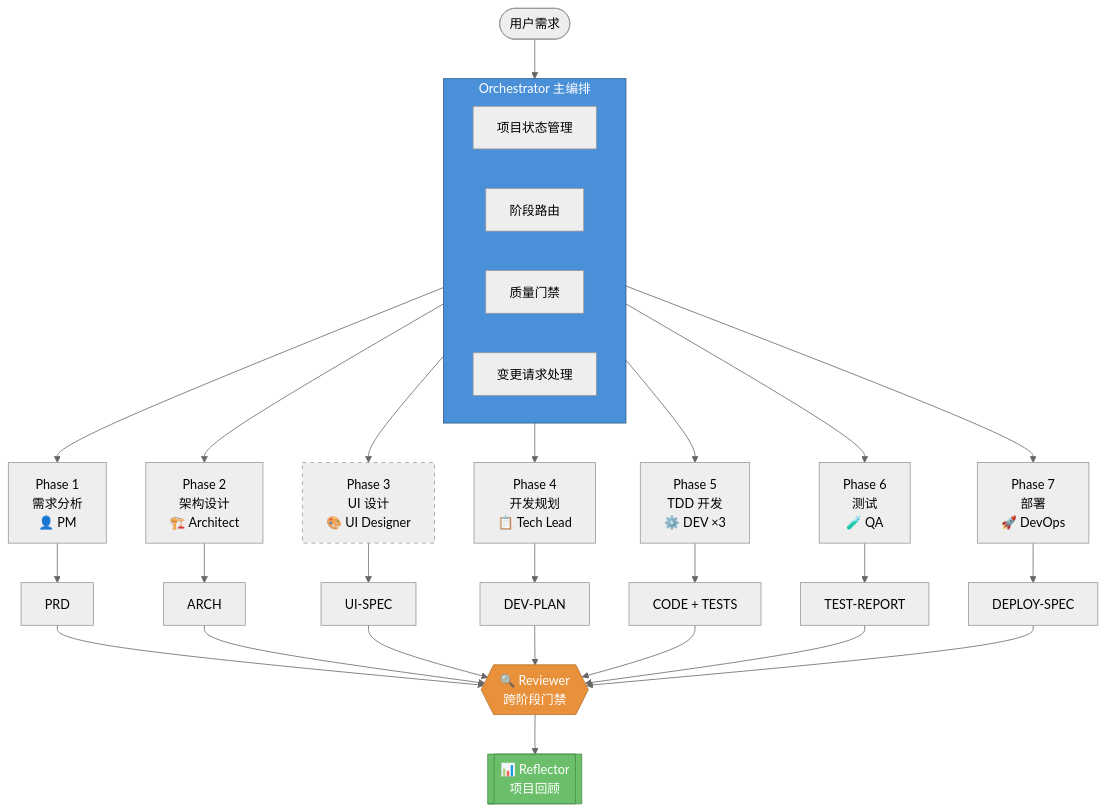
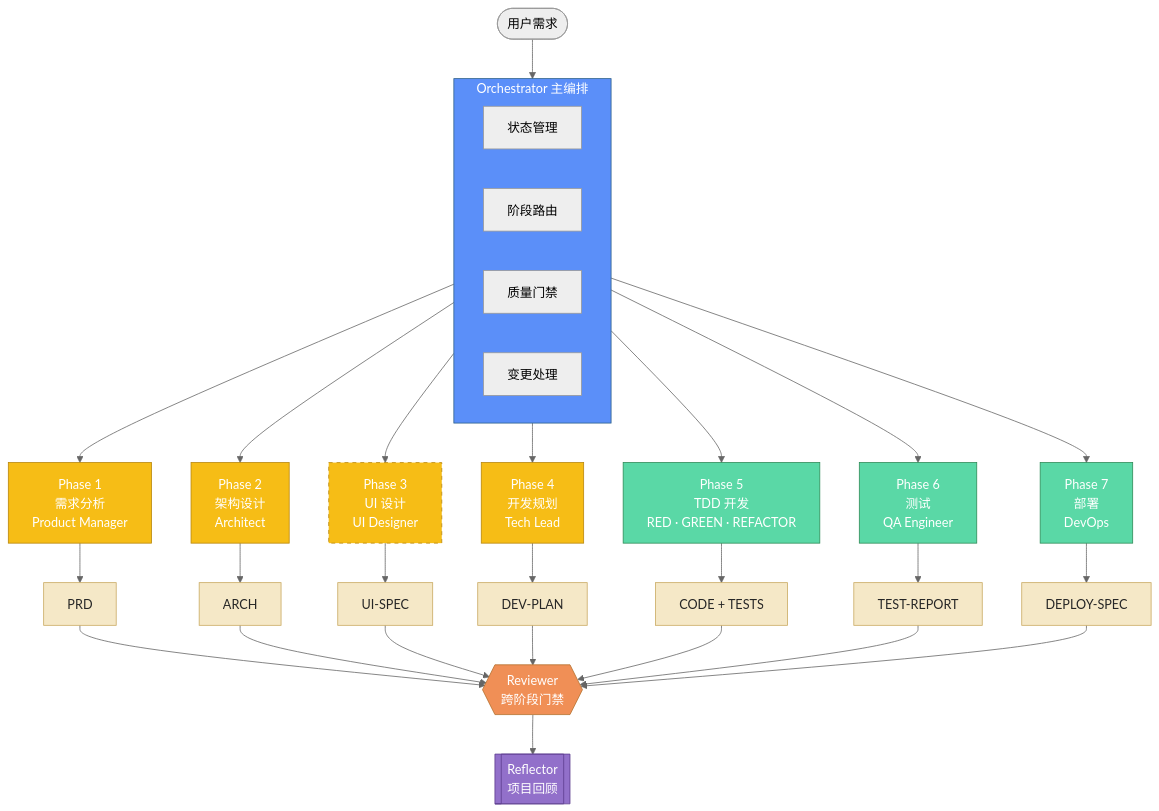
Before and after one commit to lync-cyber/CataForge: the second of 6 diagrams in README.md, drawn with Mermaid (neutral theme). The commit also changed other lines of this file and 1 other file, not shown here.

````diff
--- a/README.md
+++ b/README.md
@@ -39,38 +185,44 @@
 ```mermaid
 flowchart TB
     User([用户需求]) --> Orch
 
-    subgraph Orch[Orchestrator 主编排]
+    subgraph Orch["Orchestrator 主编排"]
         direction LR
-        SM[项目状态管理]
+        SM[状态管理]
         PR[阶段路由]
         QG[质量门禁]
-        CR[变更请求处理]
+        CR[变更处理]
     end
 
     Orch --> P1 & P2 & P3 & P4 & P5 & P6 & P7
 
-    P1["Phase 1<br/>需求分析<br/>👤 PM"]
-    P2["Phase 2<br/>架构设计<br/>🏗️ Architect"]
-    P3["Phase 3<br/>UI 设计<br/>🎨 UI Designer"]
-    P4["Phase 4<br/>开发规划<br/>📋 Tech Lead"]
-    P5["Phase 5<br/>TDD 开发<br/>⚙️ DEV ×3"]
-    P6["Phase 6<br/>测试<br/>🧪 QA"]
-    P7["Phase 7<br/>部署<br/>🚀 DevOps"]
+    P1["Phase 1<br/>需求分析<br/>Product Manager"]
+    P2["Phase 2<br/>架构设计<br/>Architect"]
+    P3["Phase 3<br/>UI 设计<br/>UI Designer"]
+    P4["Phase 4<br/>开发规划<br/>Tech Lead"]
+    P5["Phase 5<br/>TDD 开发<br/>RED · GREEN · REFACTOR"]
+    P6["Phase 6<br/>测试<br/>QA Engineer"]
+    P7["Phase 7<br/>部署<br/>DevOps"]
 
     P1 --> D1[PRD]
     P2 --> D2[ARCH]
     P3 --> D3[UI-SPEC]
     P4 --> D4[DEV-PLAN]
     P5 --> D5[CODE + TESTS]
     P6 --> D6[TEST-REPORT]
     P7 --> D7[DEPLOY-SPEC]
 
-    D1 & D2 & D3 & D4 & D5 & D6 & D7 --> Rev{{"🔍 Reviewer<br/>跨阶段门禁"}}
-    Rev --> Ref[["📊 Reflector<br/>项目回顾"]]
+    D1 & D2 & D3 & D4 & D5 & D6 & D7 --> Rev{{"Reviewer<br/>跨阶段门禁"}}
+    Rev --> Ref[["Reflector<br/>项目回顾"]]
 
-    style Orch fill:#4A90D9,stroke:#2C5F8A,color:#fff
-    style Rev fill:#E8913A,stroke:#B5702D,color:#fff
-    style Ref fill:#6BBF6B,stroke:#4A8C4A,color:#fff
+    classDef planning fill:#F6BD16,stroke:#B8860B,color:#fff
+    classDef dev fill:#5AD8A6,stroke:#2E8B57,color:#fff
+    classDef doc fill:#F5E8C7,stroke:#C9A960,color:#262626
+    class P1,P2,P3,P4 planning
+    class P5,P6,P7 dev
+    class D1,D2,D3,D4,D5,D6,D7 doc
+    style Orch fill:#5B8FF9,stroke:#2C5F8A,color:#fff
+    style Rev fill:#F08F56,stroke:#B5702D,color:#fff
+    style Ref fill:#9270CA,stroke:#5D3E8F,color:#fff
     style P3 stroke-dasharray: 5 5
 ```
````
